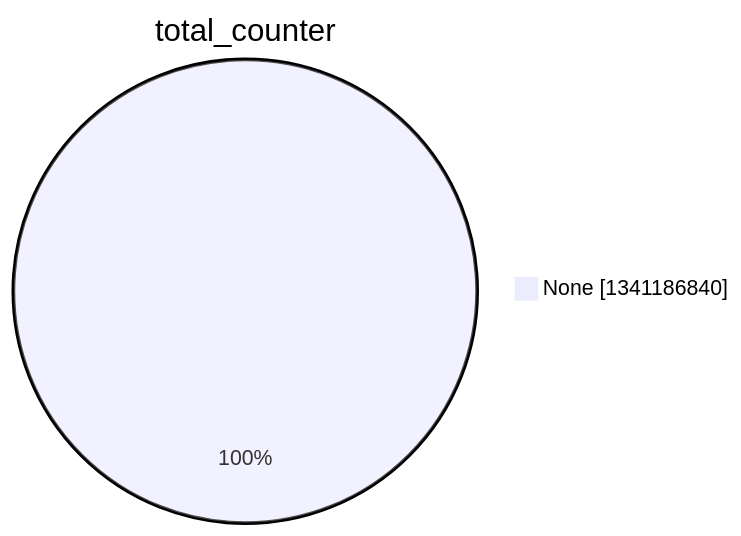
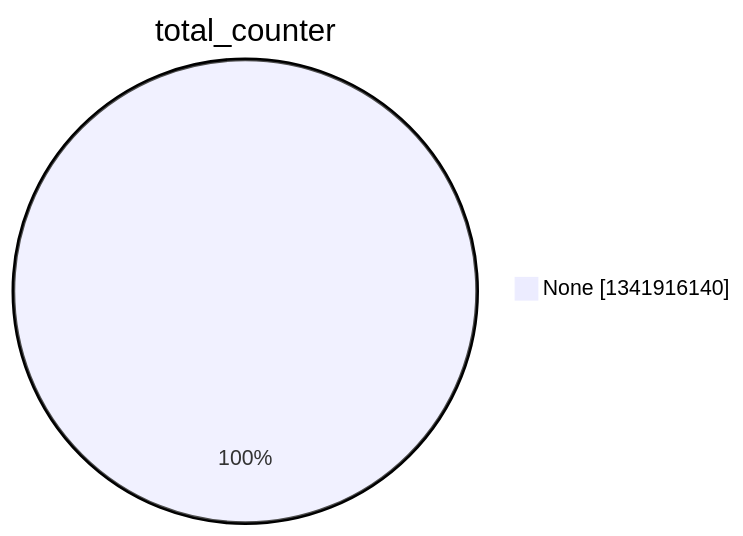
Before and after one commit to christiankrug/ctmonitor_visualization: the second of 15 diagrams in argon2022/README.md, drawn with Mermaid. The commit also changed other lines of this file, not shown here.

````diff
--- a/argon2022/README.md
+++ b/argon2022/README.md
@@ -9,5 +9,5 @@
 ```mermaid
 pie showData
 title total_counter
-"None" :1341186840
+"None" :1341916140
 ```
````
